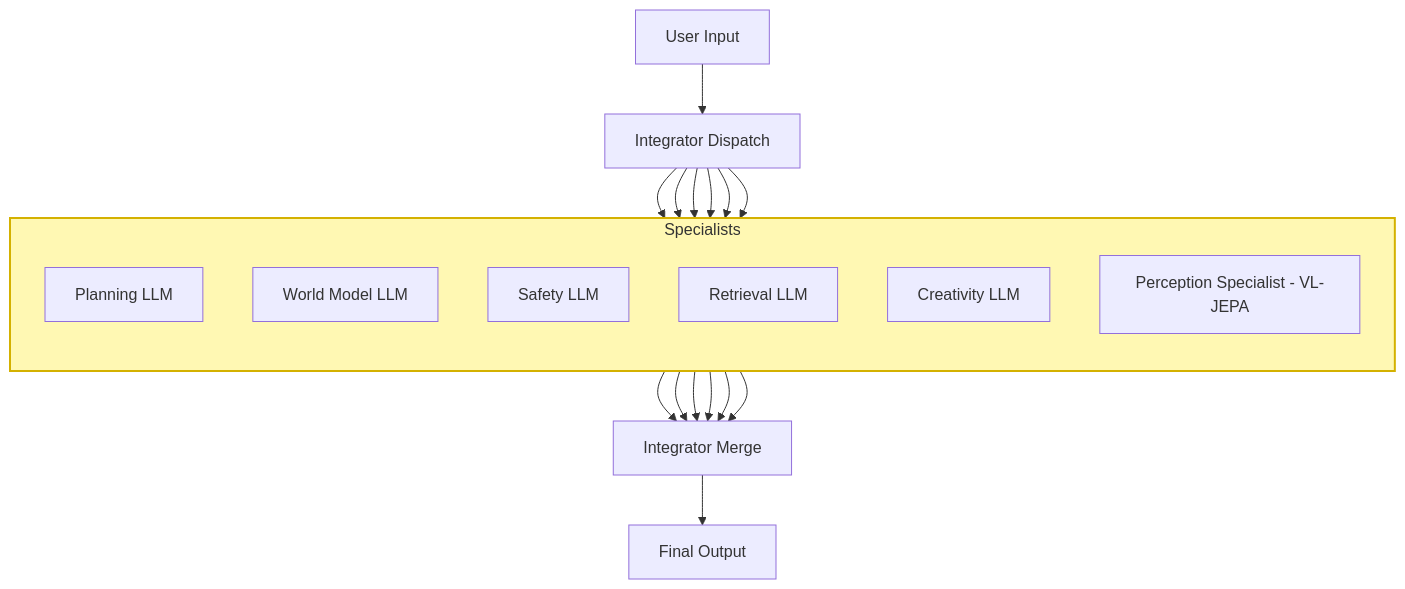
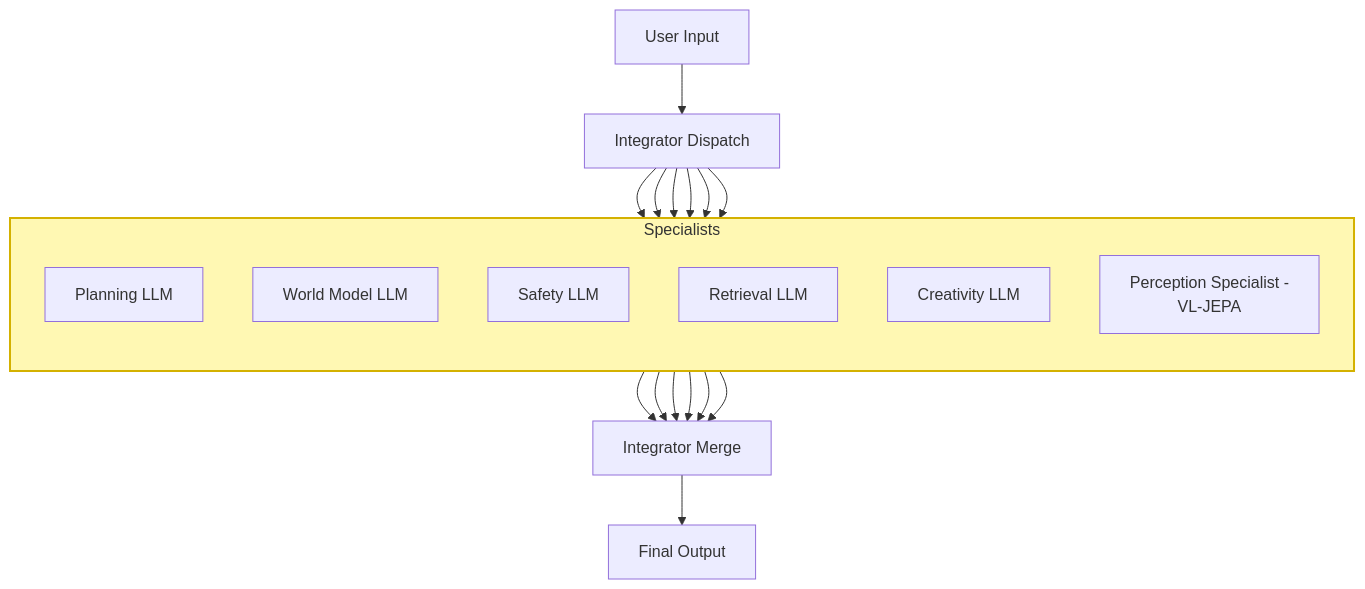
Before and after one commit to CuriousOne23/WhenMathPrays: the first of 3 diagrams in docs/AI_Architecture_WhichWill_Scale.md, drawn with Mermaid.

Commit message:
Fix formatting of Perception Specialist entry

````diff
--- a/docs/AI_Architecture_WhichWill_Scale.md
+++ b/docs/AI_Architecture_WhichWill_Scale.md
@@ -84,33 +84,34 @@
 ```mermaid
 flowchart TB
 
     U[User Input] --> ID[Integrator Dispatch]
 
     subgraph SPEC[Specialists]
     direction TB
         P[Planning LLM]
         W[World Model LLM]
         S[Safety LLM]
         R[Retrieval LLM]
         C[Creativity LLM]
-        V[Perception Specialist - VL-JEPA]
+        V[Perception Specialist -
+        VL-JEPA]
     end
 
     style SPEC fill:#fff8b3,stroke:#d4b100,stroke-width:2px
 
     ID --> P
     ID --> W
     ID --> S
     ID --> R
     ID --> C
     ID --> V
 
     P --> IM[Integrator Merge]
     W --> IM
     S --> IM
     R --> IM
     C --> IM
     V --> IM
 
     IM --> O[Final Output]
 ```
````
